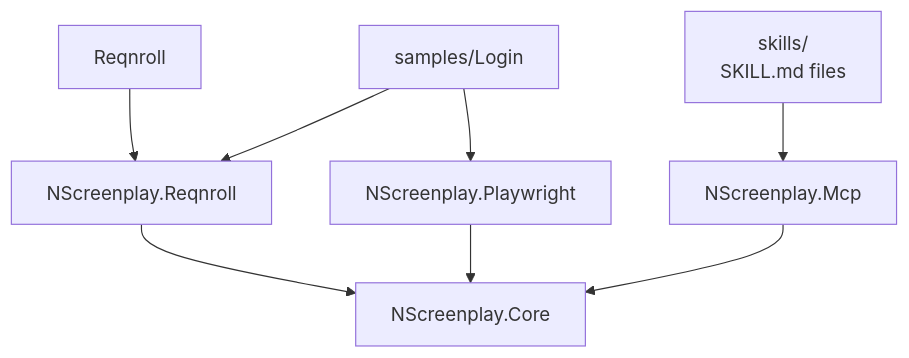
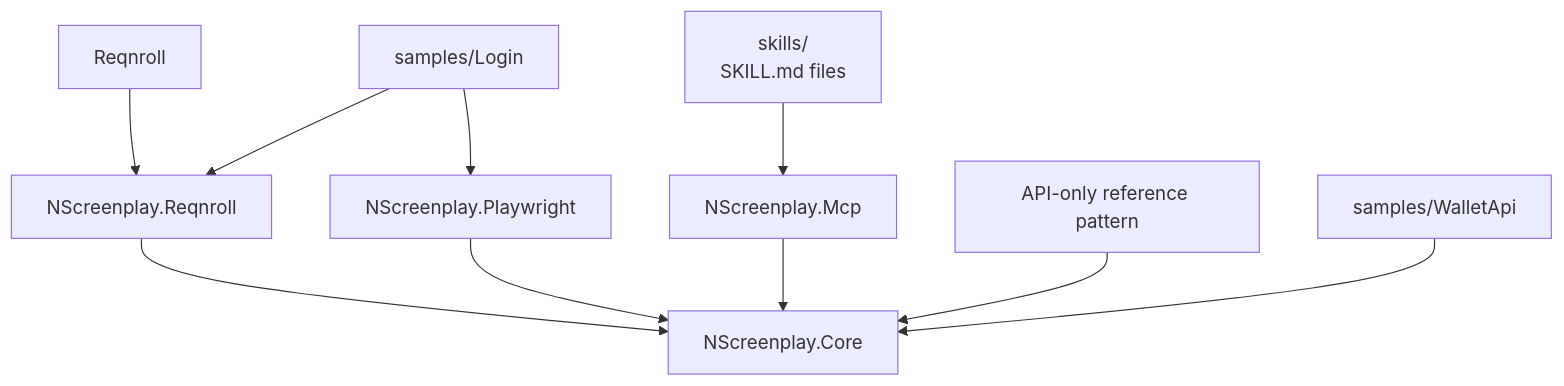
Before and after one commit to hadijahangiri/NScreenPlay: the diagram in docs/architecture.md, drawn with Mermaid. The commit also changed other lines of this file and 64 other files, not shown here.

````diff
--- a/docs/architecture.md
+++ b/docs/architecture.md
@@ -5,10 +5,12 @@
 ```mermaid
 graph TD
     R[Reqnroll] --> NR[NScreenplay.Reqnroll]
     NR --> C[NScreenplay.Core]
     P[NScreenplay.Playwright] --> C
     M[NScreenplay.Mcp] --> C
+    A[API-only reference pattern] --> C
     S[skills/\nSKILL.md files] --> M
     L[samples/Login] --> NR
     L --> P
+    W[samples/WalletApi] --> C
 ```
````
